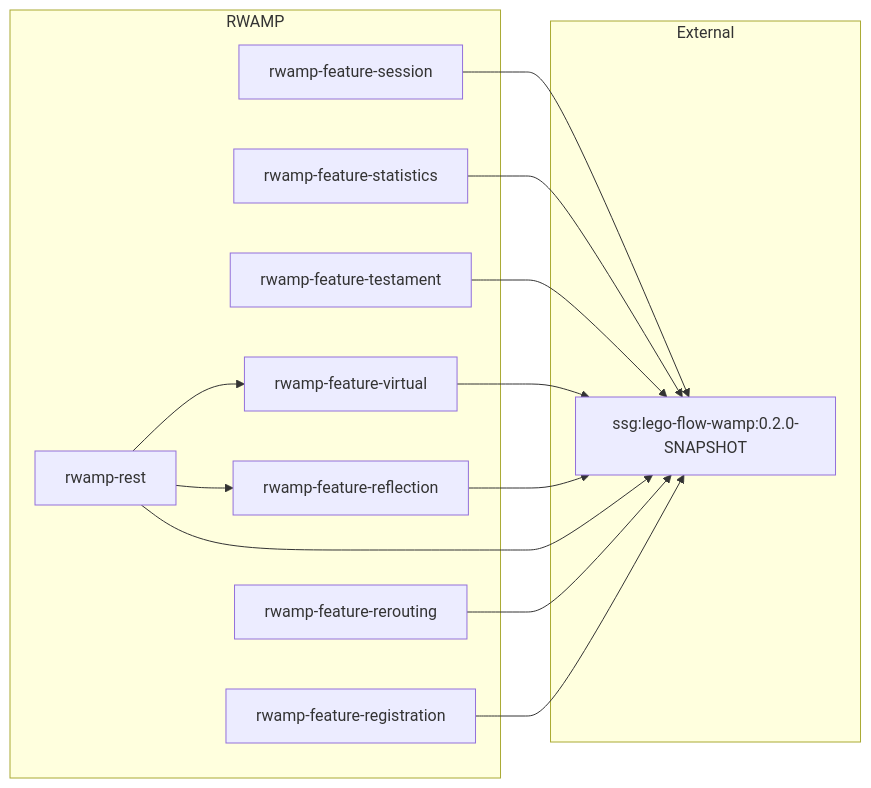
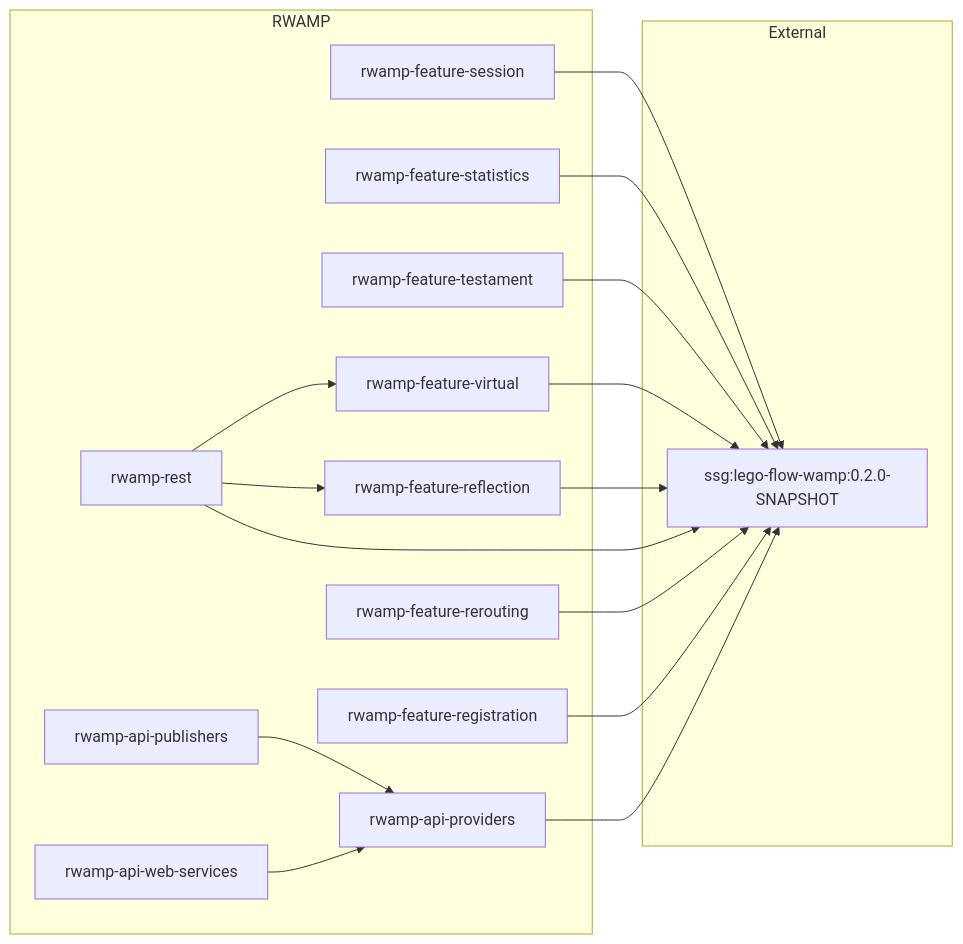
The diagram in doc/ARCHITECTURE.md (000ssg/RWAMP), drawn with Mermaid before and after one commit. The commit also changed other lines of this file and 90 other files, not shown here.

````diff
--- a/doc/ARCHITECTURE.md
+++ b/doc/ARCHITECTURE.md
@@ -24,28 +24,34 @@
 ```mermaid
 graph LR
     subgraph "External"
         LF["ssg:lego-flow-wamp:0.2.0-SNAPSHOT"]
     end
 
     subgraph "RWAMP"
         session["rwamp-feature-session"]
         statistics["rwamp-feature-statistics"]
         testament["rwamp-feature-testament"]
         virtual["rwamp-feature-virtual"]
         reflection["rwamp-feature-reflection"]
         rest["rwamp-rest"]
         rerouting["rwamp-feature-rerouting"]
         registration["rwamp-feature-registration"]
+        api-providers["rwamp-api-providers"]
+        api-publishers["rwamp-api-publishers"]
+        api-web-services["rwamp-api-web-services"]
     end
 
     session --> LF
     statistics --> LF
     testament --> LF
     virtual --> LF
     reflection --> LF
     rest --> LF
     rest --> virtual
     rest --> reflection
     rerouting --> LF
     registration --> LF
+    api-providers --> LF
+    api-publishers --> api-providers
+    api-web-services --> api-providers
 ```
````
